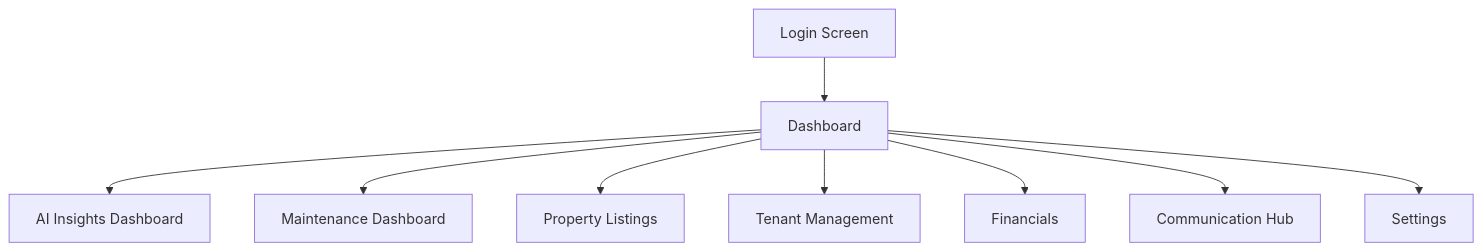
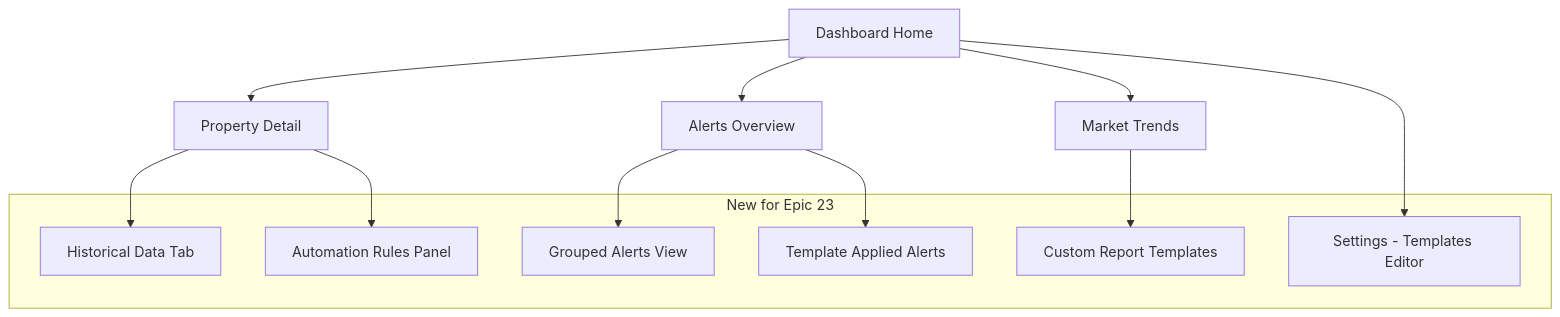
One commit to bujinwang/PropertyAI changed the first of 6 diagrams in docs/front-end-spec.md. Above: the diagram before and after it, drawn with Mermaid. The commit also changed other lines of this file and 140 other files, not shown here.

````diff
--- a/docs/front-end-spec.md
+++ b/docs/front-end-spec.md
@@ -30,11 +35,20 @@
 ```mermaid
 graph TD
-    A[Login Screen] --> B[Dashboard]
-    B --> B1[AI Insights Dashboard]
-    B --> B2[Maintenance Dashboard]
-    B --> B3[Property Listings]
-    B --> B4[Tenant Management]
-    B --> B5[Financials]
-    B --> B6[Communication Hub]
-    B --> B7[Settings]
+  A[Dashboard Home] --> B[Property Detail]
+  A --> C[Alerts Overview]
+  A --> D[Market Trends]
+  B --> E[Historical Data Tab]
+  B --> F[Automation Rules Panel]
+  C --> G[Grouped Alerts View]
+  C --> H[Template Applied Alerts]
+  D --> I[Custom Report Templates]
+  A --> J[Settings - Templates Editor]
+  subgraph "New for Epic 23"
+    G
+    H
+    E
+    F
+    I
+    J
+  end
 ```
````
